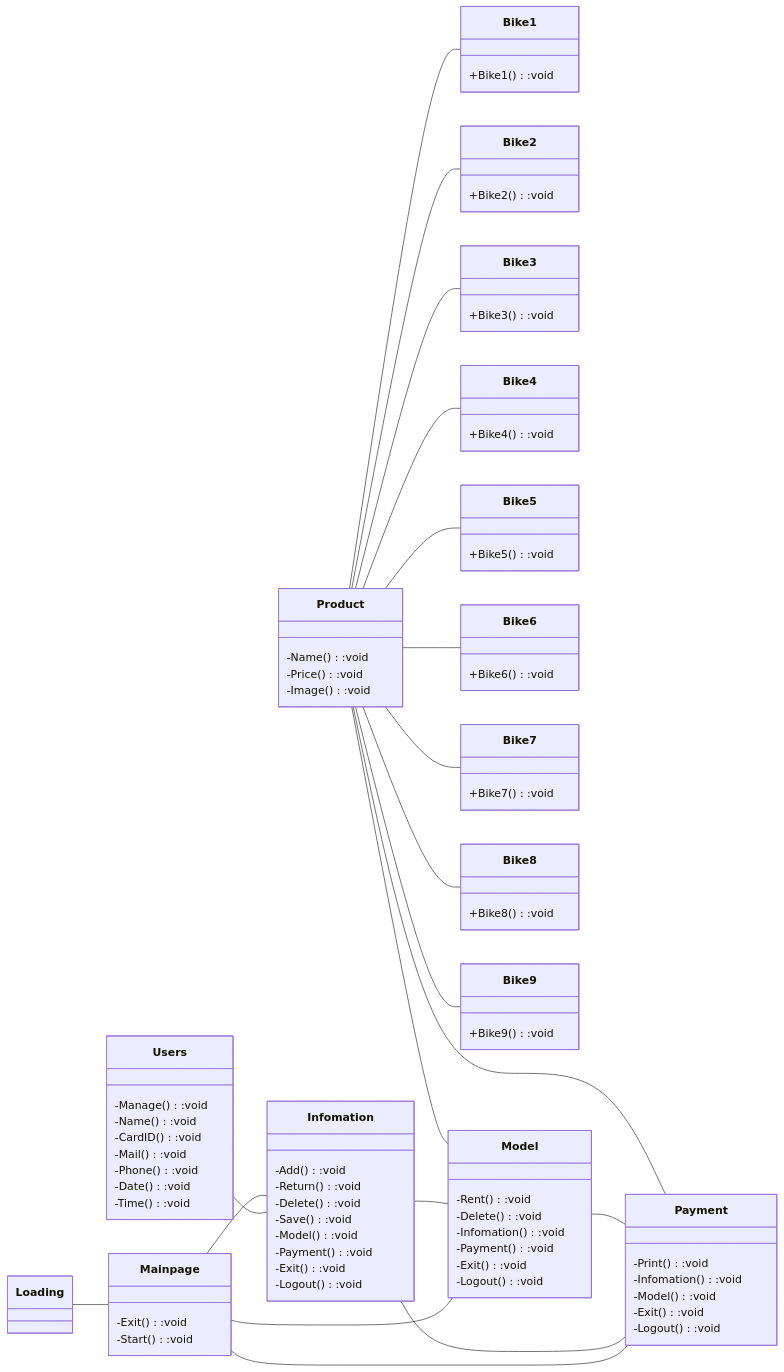
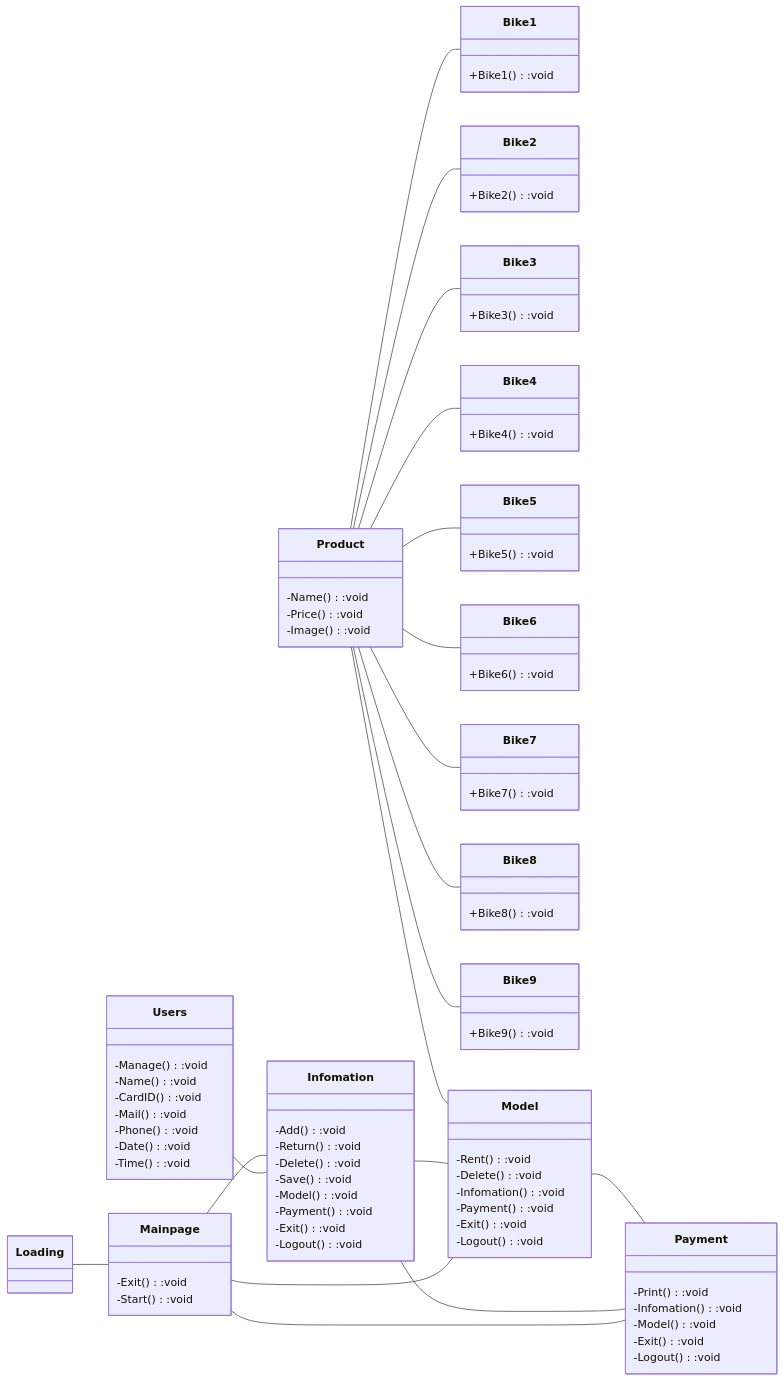
The diagram in README.md (pathipat11/Final-Project-OOP), drawn with Mermaid before and after one commit.

```diff
--- a/README.md
+++ b/README.md
@@ -104,7 +104,6 @@
   Mainpage -- Infomation
   Users -- Infomation
   Payment -- Infomation
-  Product -- Payment
   Product -- Model
   Infomation -- Model
   Model -- Payment
```
